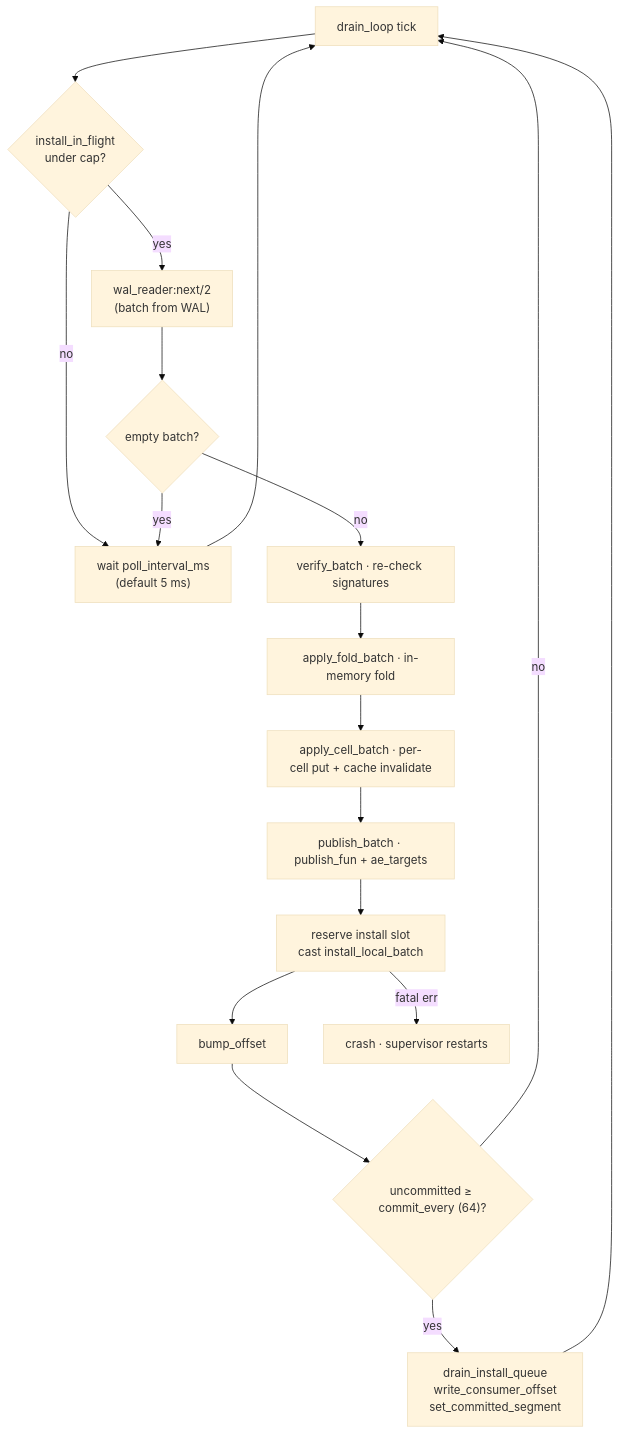
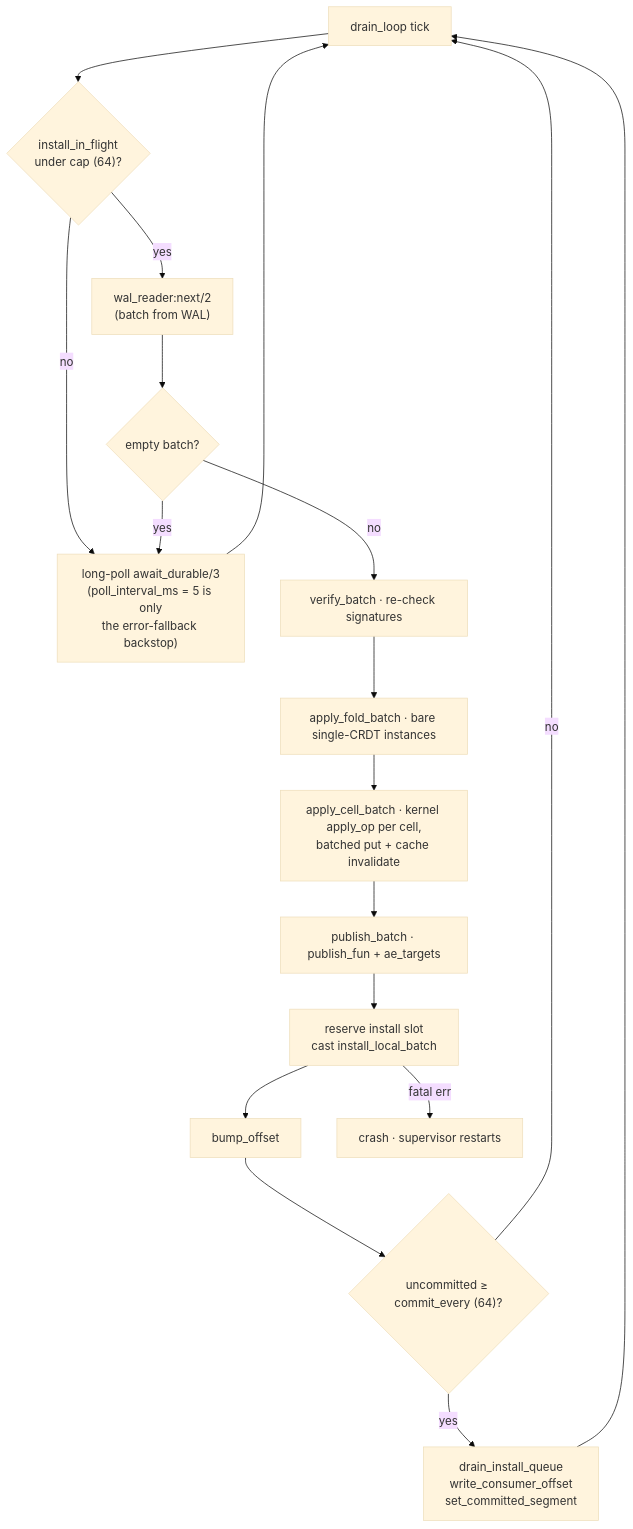
Before and after one commit to bondy-io/bondy_mst: the third of 9 diagrams in doc_extras/architecture/04_applier.md, drawn with Mermaid (base theme). The commit also changed other lines of this file and 38 other files, not shown here.

Commit message:
add new CRDTs and document new architecture

````diff
--- a/doc_extras/architecture/04_applier.md
+++ b/doc_extras/architecture/04_applier.md
@@ -84,26 +97,26 @@
 ```mermaid
 flowchart TB
     LOOP["drain_loop tick"]
-    SLOT{"install_in_flight<br/>under cap?"}
-    WAIT["wait poll_interval_ms<br/>(default 5 ms)"]
+    SLOT{"install_in_flight<br/>under cap (64)?"}
+    WAIT["long-poll await_durable/3<br/>(poll_interval_ms = 5 is only<br/>the error-fallback backstop)"]
     READ["wal_reader:next/2<br/>(batch from WAL)"]
     EMPTY{"empty batch?"}
     VERIFY["verify_batch · re-check signatures"]
-    FOLD["apply_fold_batch · in-memory fold"]
-    CELL["apply_cell_batch · per-cell put + cache invalidate"]
+    FOLD["apply_fold_batch · bare single-CRDT instances"]
+    CELL["apply_cell_batch · kernel apply_op per cell,<br/>batched put + cache invalidate"]
     PUB["publish_batch · publish_fun + ae_targets"]
     INSTALL["reserve install slot<br/>cast install_local_batch"]
     BUMP["bump_offset"]
     CMT{"uncommitted ≥ commit_every (64)?"}
     COMMIT["drain_install_queue<br/>write_consumer_offset<br/>set_committed_segment"]
     CRASH["crash · supervisor restarts"]
 
     LOOP --> SLOT
     SLOT -->|no| WAIT --> LOOP
     SLOT -->|yes| READ --> EMPTY
     EMPTY -->|yes| WAIT
     EMPTY -->|no| VERIFY --> FOLD --> CELL --> PUB --> INSTALL --> BUMP --> CMT
     CMT -->|no| LOOP
     CMT -->|yes| COMMIT --> LOOP
     INSTALL -->|"fatal err"| CRASH
 ```
````
